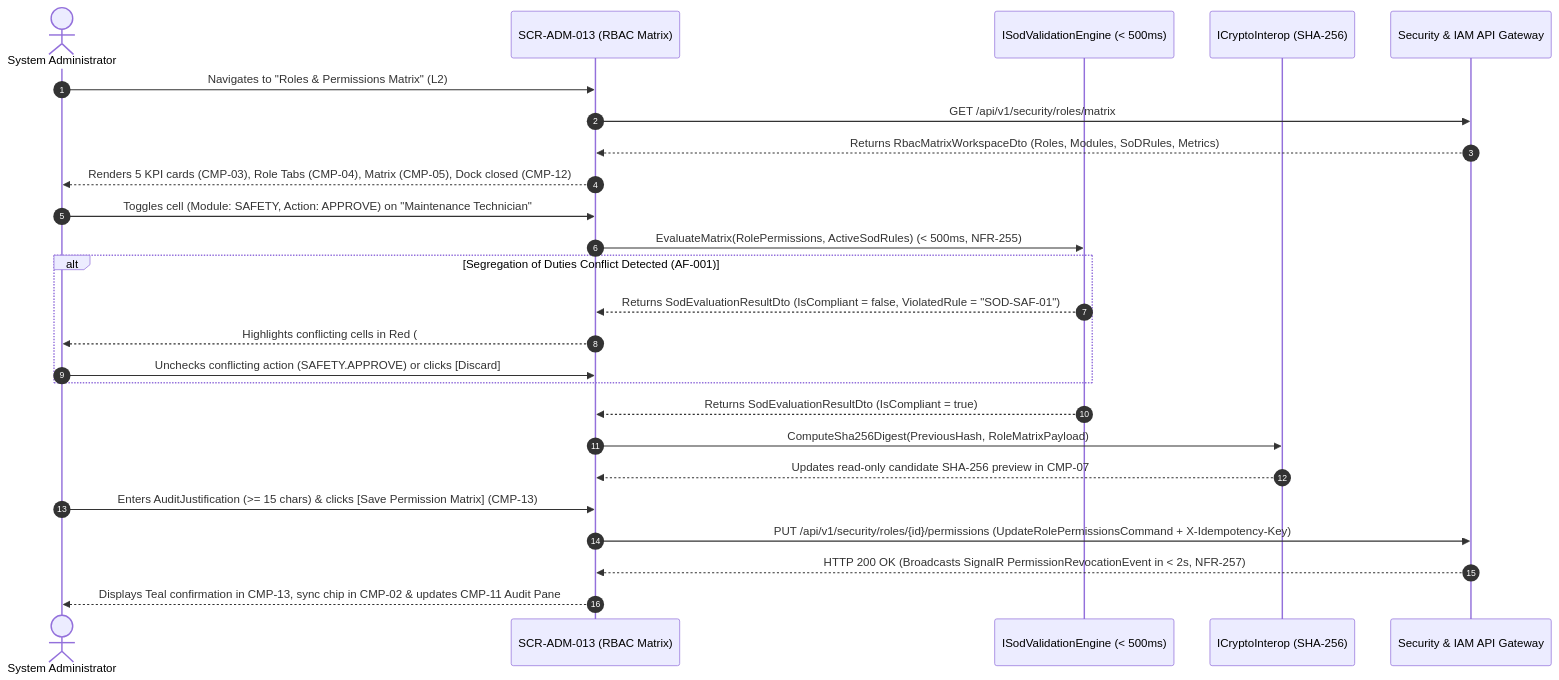
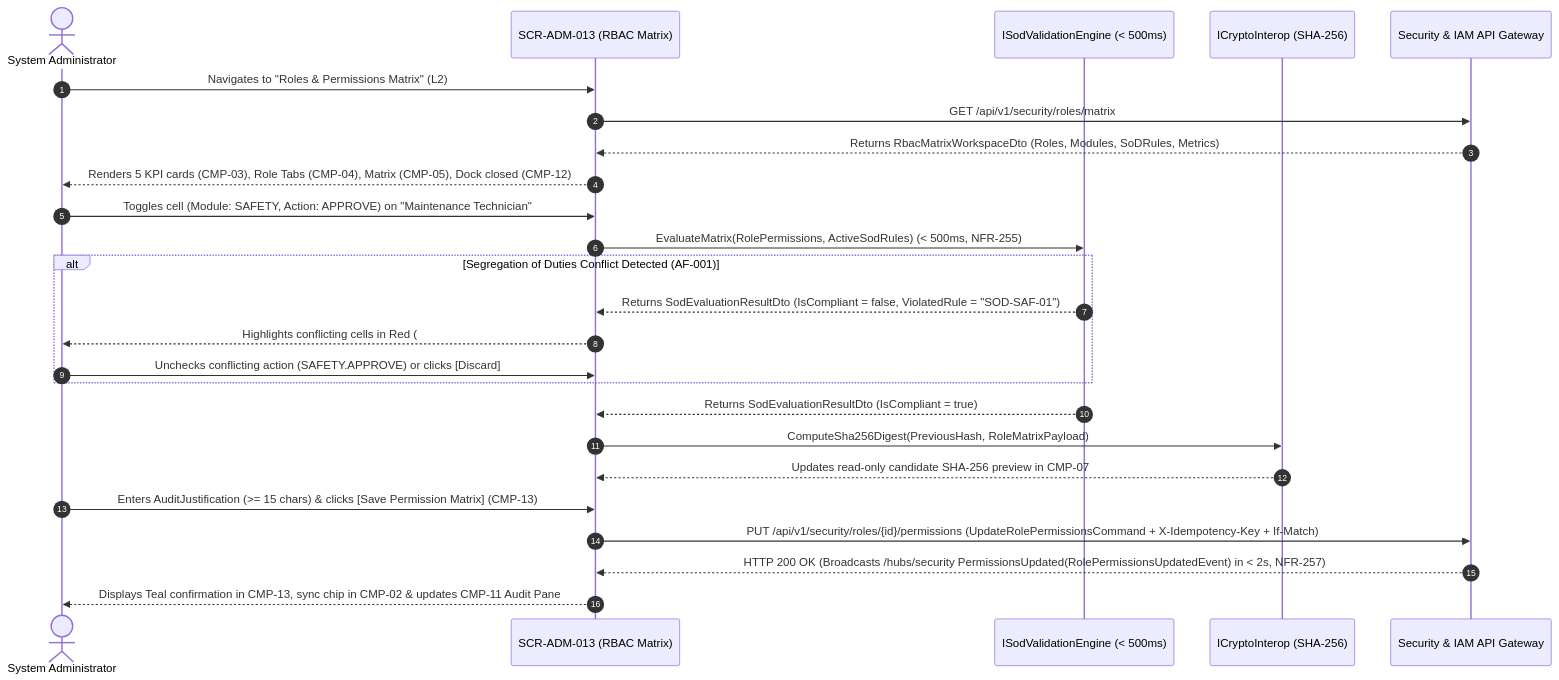
The diagram in ui-ux/screens/adm/SCR-ADM-013.md (Novav20/adso-dteam-docs), drawn with Mermaid before and after one commit. The commit also changed other lines of this file and 62 other files, not shown here.

Commit message:
docs(audit): close 32/33 pre-code findings (ADR-010, xmin ETag, X-Idempotency-Key, UC-INV-007 in SCR-INV-005, RBAC/tokens/API/SignalR; defer P2-M04)

````diff
--- a/ui-ux/screens/adm/SCR-ADM-013.md
+++ b/ui-ux/screens/adm/SCR-ADM-013.md
@@ -231,28 +231,28 @@
 ```mermaid
 sequenceDiagram
     autonumber
     actor Admin as System Administrator
     participant UI as SCR-ADM-013 (RBAC Matrix)
     participant SoD as ISodValidationEngine (< 500ms)
     participant Crypto as ICryptoInterop (SHA-256)
     participant API as Security & IAM API Gateway
 
     Admin->>UI: Navigates to "Roles & Permissions Matrix" (L2)
     UI->>API: GET /api/v1/security/roles/matrix
     API-->>UI: Returns RbacMatrixWorkspaceDto (Roles, Modules, SoDRules, Metrics)
     UI-->>Admin: Renders 5 KPI cards (CMP-03), Role Tabs (CMP-04), Matrix (CMP-05), Dock closed (CMP-12)
     Admin->>UI: Toggles cell (Module: SAFETY, Action: APPROVE) on "Maintenance Technician"
     UI->>SoD: EvaluateMatrix(RolePermissions, ActiveSodRules) (< 500ms, NFR-255)
     alt Segregation of Duties Conflict Detected (AF-001)
         SoD-->>UI: Returns SodEvaluationResultDto (IsCompliant = false, ViolatedRule = "SOD-SAF-01")
         UI-->>Admin: Highlights conflicting cells in Red (#icon-ban) & hard-locks [Save]
         Admin->>UI: Unchecks conflicting action (SAFETY.APPROVE) or clicks [Discard]
     end
     SoD-->>UI: Returns SodEvaluationResultDto (IsCompliant = true)
     UI->>Crypto: ComputeSha256Digest(PreviousHash, RoleMatrixPayload)
     Crypto-->>UI: Updates read-only candidate SHA-256 preview in CMP-07
     Admin->>UI: Enters AuditJustification (>= 15 chars) & clicks [Save Permission Matrix] (CMP-13)
-    UI->>API: PUT /api/v1/security/roles/{id}/permissions (UpdateRolePermissionsCommand + X-Idempotency-Key)
-    API-->>UI: HTTP 200 OK (Broadcasts SignalR PermissionRevocationEvent in < 2s, NFR-257)
+    UI->>API: PUT /api/v1/security/roles/{id}/permissions (UpdateRolePermissionsCommand + X-Idempotency-Key + If-Match)
+    API-->>UI: HTTP 200 OK (Broadcasts /hubs/security PermissionsUpdated(RolePermissionsUpdatedEvent) in < 2s, NFR-257)
     UI-->>Admin: Displays Teal confirmation in CMP-13, sync chip in CMP-02 & updates CMP-11 Audit Pane
 ```
````
